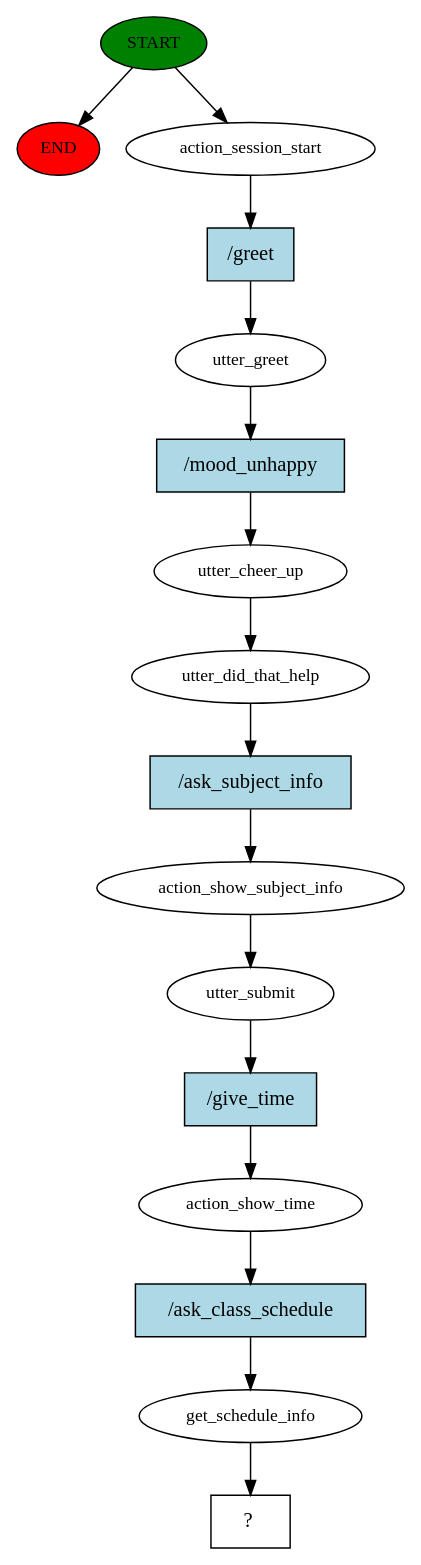
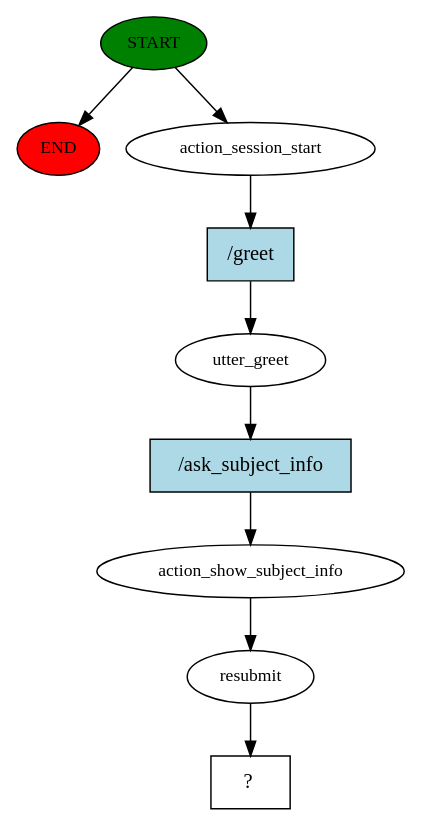
One commit to Kieuviet34/nlu_project changed the diagram in chatbot/story_graph.dot. Above: the diagram before and after it, drawn with Graphviz. The commit also changed 70 other files, not shown here.

```diff
--- a/chatbot/story_graph.dot
+++ b/chatbot/story_graph.dot
@@ -1,33 +1,19 @@
 digraph  {
 0 [class="start active", fillcolor=green, fontsize=12, label=START, style=filled];
 "-1" [class=end, fillcolor=red, fontsize=12, label=END, style=filled];
 1 [class=active, fontsize=12, label=action_session_start];
 2 [class=active, fontsize=12, label=utter_greet];
-3 [class=active, fontsize=12, label=utter_cheer_up];
-4 [class=active, fontsize=12, label=utter_did_that_help];
-5 [class=active, fontsize=12, label=action_show_subject_info];
-6 [class=active, fontsize=12, label=utter_submit];
-7 [class=active, fontsize=12, label=action_show_time];
-8 [class=active, fontsize=12, label=get_schedule_info];
-9 [class="intent dashed active", label="  ?  ", shape=rect];
-10 [class="intent active", fillcolor=lightblue, label="/greet", shape=rect, style=filled];
-11 [class="intent active", fillcolor=lightblue, label="/mood_unhappy", shape=rect, style=filled];
-12 [class="intent active", fillcolor=lightblue, label="/ask_subject_info", shape=rect, style=filled];
-13 [class="intent active", fillcolor=lightblue, label="/give_time", shape=rect, style=filled];
-14 [class="intent active", fillcolor=lightblue, label="/ask_class_schedule", shape=rect, style=filled];
+3 [class=active, fontsize=12, label=action_show_subject_info];
+4 [class=active, fontsize=12, label=resubmit];
+5 [class="intent dashed active", label="  ?  ", shape=rect];
+6 [class="intent active", fillcolor=lightblue, label="/greet", shape=rect, style=filled];
+7 [class="intent active", fillcolor=lightblue, label="/ask_subject_info", shape=rect, style=filled];
 0 -> "-1"  [class="", key=NONE, label=""];
 0 -> 1  [class=active, key=NONE, label=""];
-1 -> 10  [class=active, key=0];
-2 -> 11  [class=active, key=0];
+1 -> 6  [class=active, key=0];
+2 -> 7  [class=active, key=0];
 3 -> 4  [class=active, key=NONE, label=""];
-4 -> 12  [class=active, key=0];
-5 -> 6  [class=active, key=NONE, label=""];
-6 -> 13  [class=active, key=0];
-7 -> 14  [class=active, key=0];
-8 -> 9  [class=active, key=NONE, label=""];
-10 -> 2  [class=active, key=0];
-11 -> 3  [class=active, key=0];
-12 -> 5  [class=active, key=0];
-13 -> 7  [class=active, key=0];
-14 -> 8  [class=active, key=0];
+4 -> 5  [class=active, key=NONE, label=""];
+6 -> 2  [class=active, key=0];
+7 -> 3  [class=active, key=0];
 }
```
